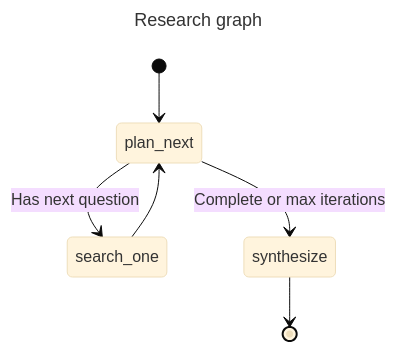
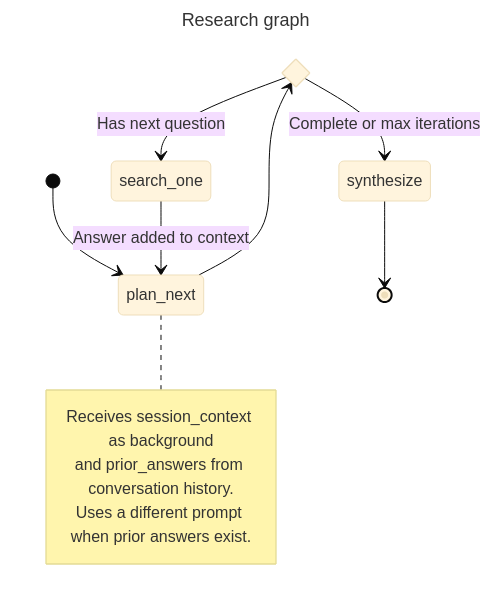
Before and after one commit to ggozad/haiku.rag: the diagram in docs/agents.md, drawn with Mermaid (base theme). The commit also changed other lines of this file, not shown here.

````diff
--- a/docs/agents.md
+++ b/docs/agents.md
@@ -172,11 +195,19 @@
 ```mermaid
 ---
 title: Research graph
 ---
 stateDiagram-v2
+  state plan_next_decision <<choice>>
   [*] --> plan_next
-  plan_next --> search_one: Has next question
-  plan_next --> synthesize: Complete or max iterations
-  search_one --> plan_next
+  plan_next --> plan_next_decision
+  plan_next_decision --> search_one: Has next question
+  plan_next_decision --> synthesize: Complete or max iterations
+  search_one --> plan_next: Answer added to context
   synthesize --> [*]
+
+  note right of plan_next
+    Receives session_context as background
+    and prior_answers from conversation history.
+    Uses a different prompt when prior answers exist.
+  end note
 ```
````
